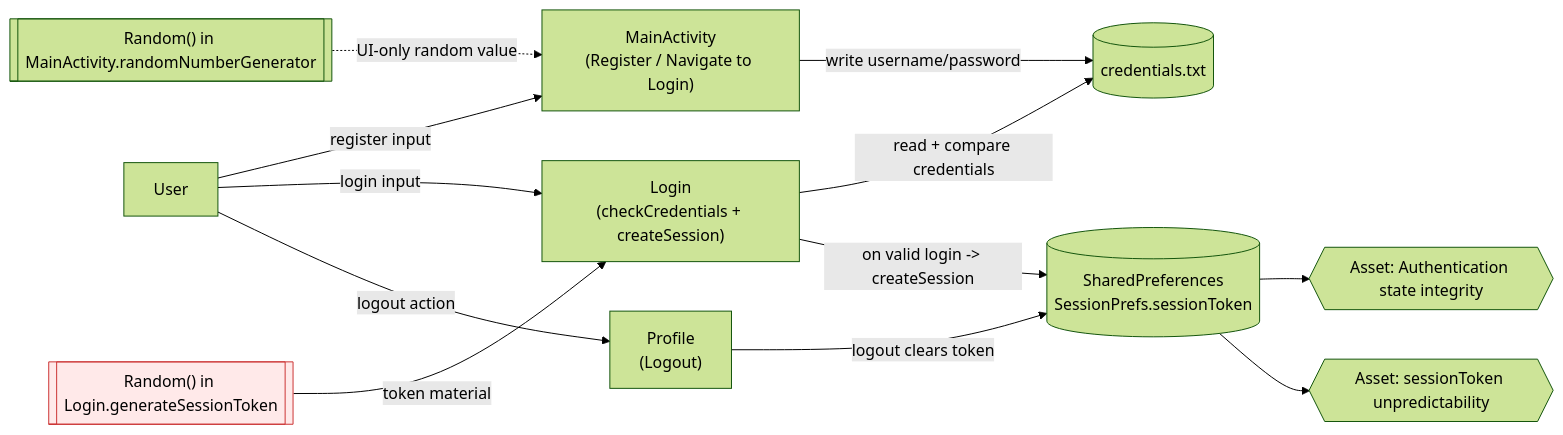
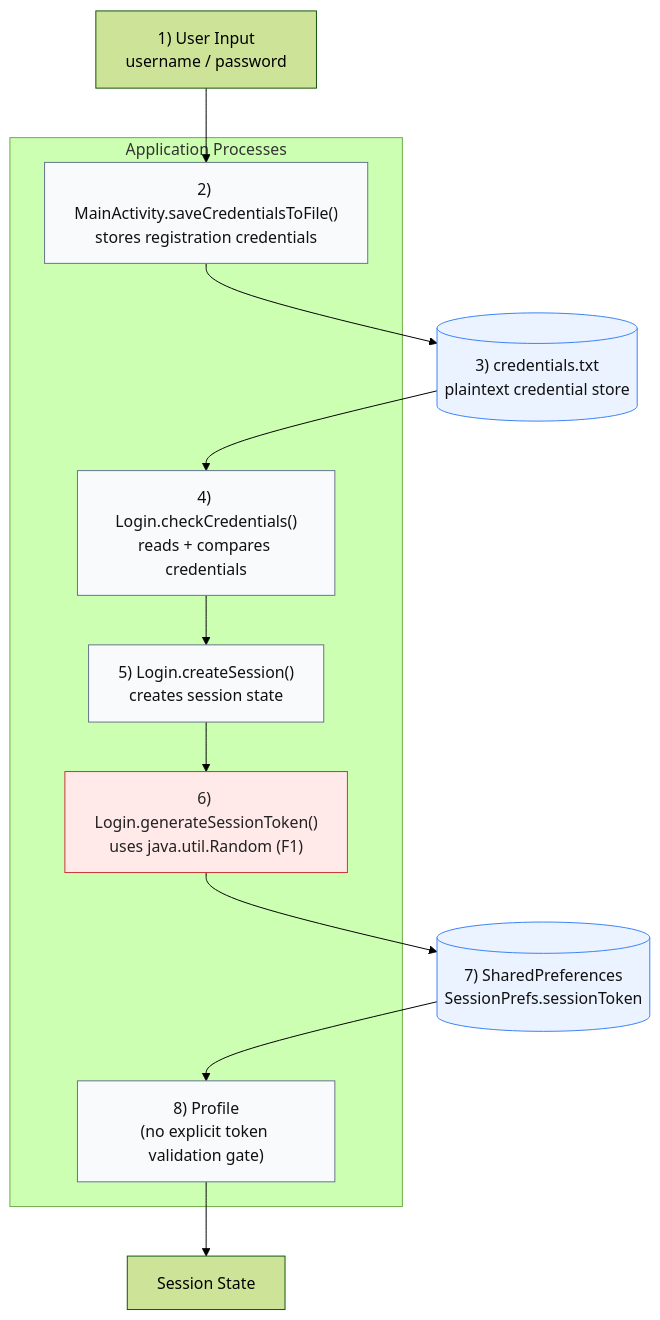
The diagram in threat-model/for-report/system-model-diagram.md (pablo-labo/Tutorial10_Group5_5995), drawn with Mermaid (forest theme) before and after one commit. The commit also changed other lines of this file and 3 other files, not shown here.

Commit message:
Refine core result docs and add high-quality threat model diagram

````diff
--- a/threat-model/for-report/system-model-diagram.md
+++ b/threat-model/for-report/system-model-diagram.md
@@ -5,37 +5,33 @@
 ```mermaid
-flowchart LR
-    U["User"]
+flowchart TD
+    U["1) User Input<br/>username / password"]
 
-    MA["MainActivity<br/>(Register / Navigate to Login)"]
-    LO["Login<br/>(checkCredentials + createSession)"]
-    PR["Profile<br/>(Logout)"]
+    subgraph APP["Application Processes"]
+      MA["2) MainActivity.saveCredentialsToFile()<br/>stores registration credentials"]
+      LC["4) Login.checkCredentials()<br/>reads + compares credentials"]
+      CS["5) Login.createSession()<br/>creates session state"]
+      GST["6) Login.generateSessionToken()<br/>uses java.util.Random (F1)"]
+      PF["8) Profile<br/>(no explicit token validation gate)"]
+    end
 
-    CRED[("credentials.txt")]
-    SP[("SharedPreferences<br/>SessionPrefs.sessionToken")]
+    CRED[("3) credentials.txt<br/>plaintext credential store")]
+    SP[("7) SharedPreferences<br/>SessionPrefs.sessionToken")]
+    S["Session State"]
 
-    RNG1[["Random() in Login.generateSessionToken"]]
-    RNG2[["Random() in MainActivity.randomNumberGenerator"]]
+    U --> MA
+    MA --> CRED
+    CRED --> LC
+    LC --> CS
+    CS --> GST
+    GST --> SP
+    SP --> PF
+    PF --> S
 
-    A1{{"Asset: Authentication state integrity"}}
-    A2{{"Asset: sessionToken unpredictability"}}
+    classDef vuln fill:#ffe9e9,stroke:#cc3333,stroke-width:1px,color:#222;
+    classDef store fill:#eaf3ff,stroke:#3b82f6,stroke-width:1px,color:#111;
+    classDef proc fill:#f8fafc,stroke:#64748b,stroke-width:1px,color:#111;
 
-    U -->|register input| MA
-    U -->|login input| LO
-
-    MA -->|write username/password| CRED
-    LO -->|read + compare credentials| CRED
-
-    LO -->|on valid login -> createSession| SP
-    RNG1 -->|token material| LO
-
-    PR -->|logout clears token| SP
-    U -->|logout action| PR
-
-    SP --> A1
-    SP --> A2
-
-    RNG2 -. UI-only random value .-> MA
-
-    classDef vuln fill:#ffe9e9,stroke:#cc3333,stroke-width:1px;
-    class RNG1 vuln;
+    class GST vuln;
+    class CRED,SP store;
+    class MA,LC,CS,PF proc;
 ```
````
